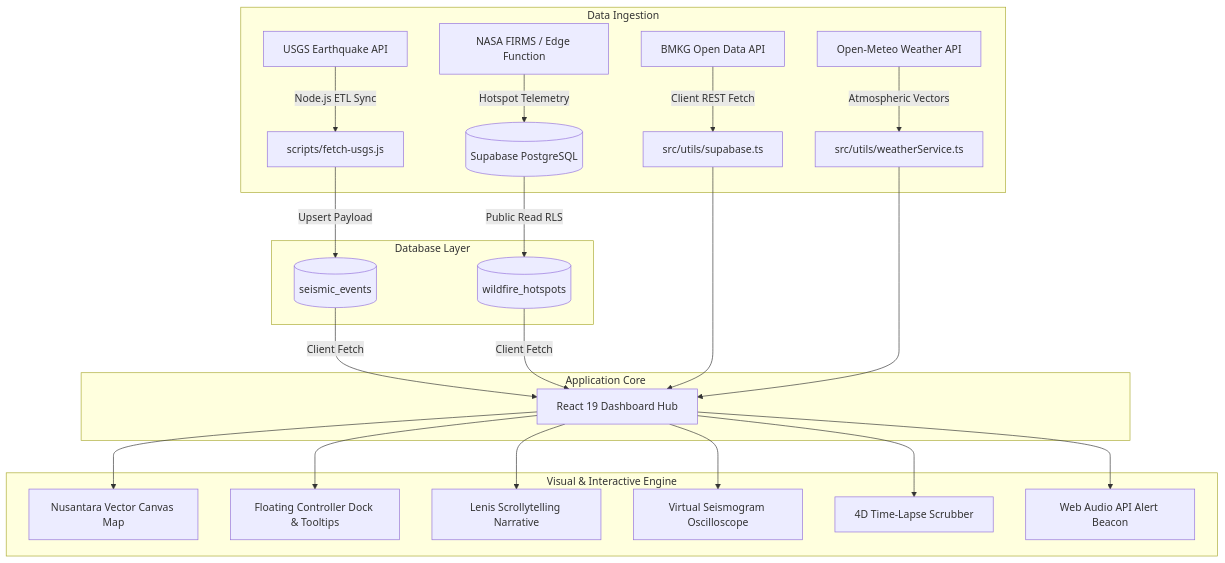
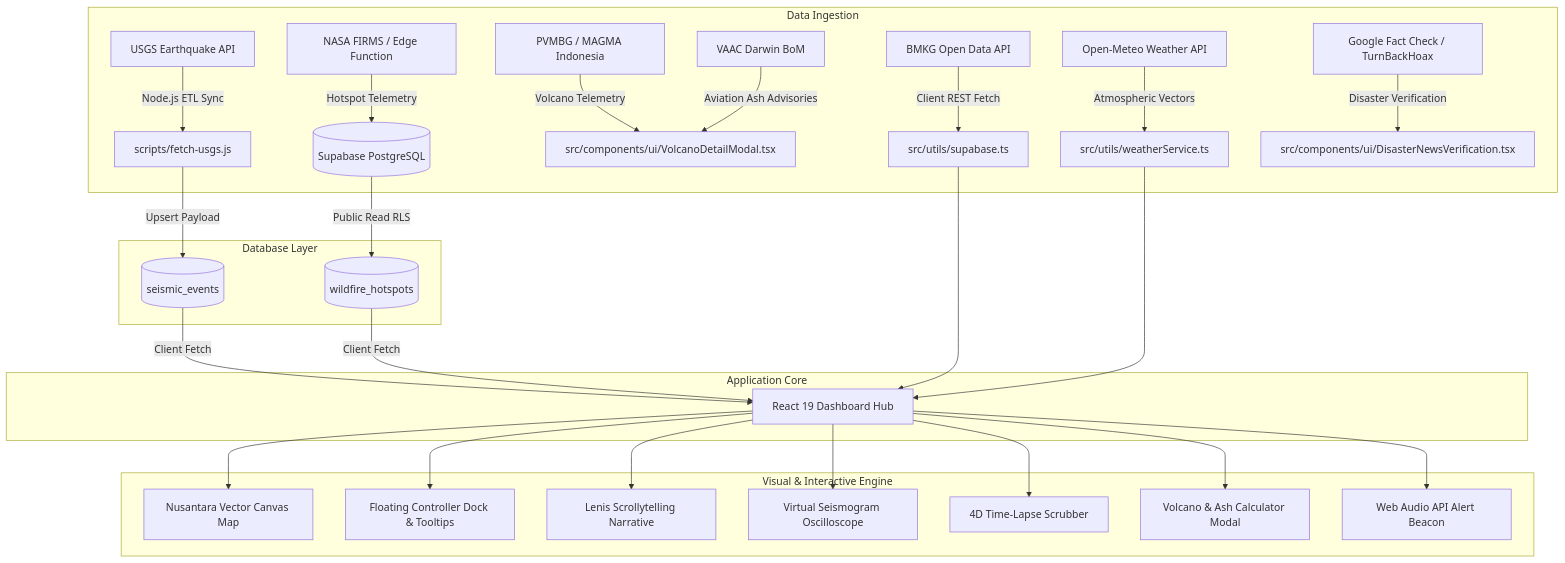
The diagram in README.md (FerrelHD/Global-Seismic-Tracker), drawn with Mermaid before and after one commit. The commit also changed other lines of this file and 4 other files, not shown here.

````diff
--- a/README.md
+++ b/README.md
@@ -80,30 +92,34 @@
 ```mermaid
 graph TD
   subgraph Data Ingestion
     USGS[USGS Earthquake API] -->|Node.js ETL Sync| FetchScript[scripts/fetch-usgs.js]
     BMKG[BMKG Open Data API] -->|Client REST Fetch| BMKGUtil[src/utils/supabase.ts]
+    PVMBG[PVMBG / MAGMA Indonesia] -->|Volcano Telemetry| VolcanoUtil[src/components/ui/VolcanoDetailModal.tsx]
+    VAAC[VAAC Darwin BoM] -->|Aviation Ash Advisories| VolcanoUtil
     FIRMS[NASA FIRMS / Edge Function] -->|Hotspot Telemetry| HotspotDB[(Supabase PostgreSQL)]
     Meteo[Open-Meteo Weather API] -->|Atmospheric Vectors| WeatherSvc[src/utils/weatherService.ts]
+    FactCheck[Google Fact Check / TurnBackHoax] -->|Disaster Verification| NewsSvc[src/components/ui/DisasterNewsVerification.tsx]
   end
 
   subgraph Database Layer
     FetchScript -->|Upsert Payload| DB_Seismic[(seismic_events)]
     HotspotDB -->|Public Read RLS| DB_Hotspots[(wildfire_hotspots)]
   end
 
   subgraph Application Core
     DB_Seismic -->|Client Fetch| App[React 19 Dashboard Hub]
     DB_Hotspots -->|Client Fetch| App
     BMKGUtil --> App
     WeatherSvc --> App
   end
 
   subgraph Visual & Interactive Engine
     App --> VectorMap[Nusantara Vector Canvas Map]
     App --> HUD[Floating Controller Dock & Tooltips]
     App --> Scrolly[Lenis Scrollytelling Narrative]
     App --> Seismogram[Virtual Seismogram Oscilloscope]
     App --> TimeLapse[4D Time-Lapse Scrubber]
+    App --> VolcanoModal[Volcano & Ash Calculator Modal]
     App --> Audio[Web Audio API Alert Beacon]
   end
 ```
````
